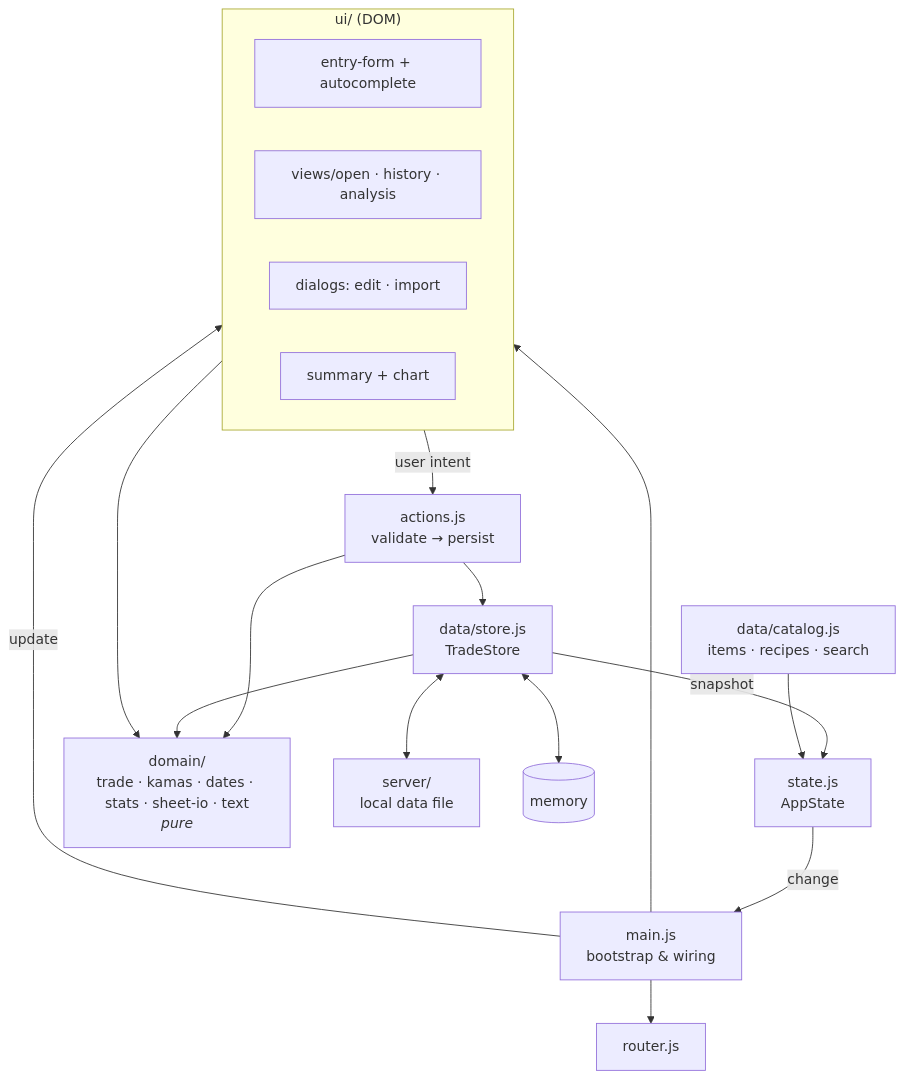
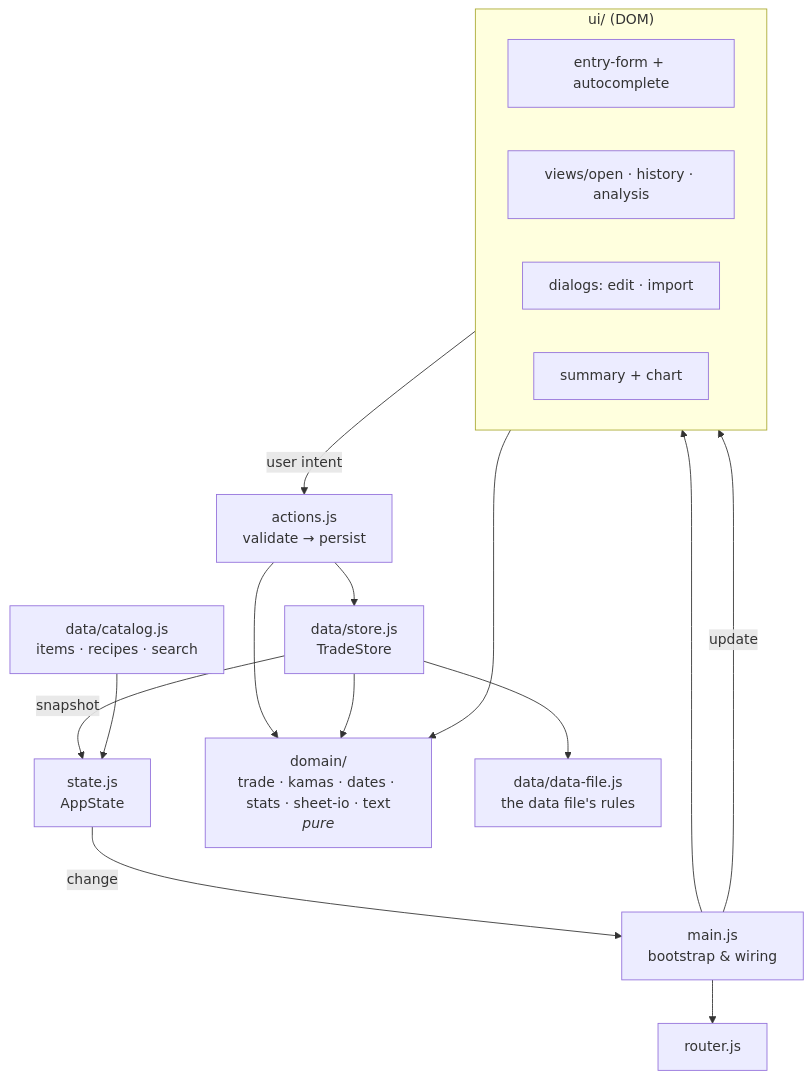
Before and after one commit to Lymero/carnet-de-kamas: the second of 2 diagrams in docs/ARCHITECTURE.md, drawn with Mermaid. The commit also changed other lines of this file and 47 other files, not shown here.

````diff
--- a/docs/ARCHITECTURE.md
+++ b/docs/ARCHITECTURE.md
@@ -13,23 +34,22 @@
 ```mermaid
 flowchart TD
   subgraph UI["ui/ (DOM)"]
     form[entry-form + autocomplete]
     views[views/open · history · analysis]
     dialogs[dialogs: edit · import]
     summary[summary + chart]
   end
   main[main.js<br/>bootstrap & wiring] --> UI
   main --> router[router.js]
   UI -- user intent --> actions[actions.js<br/>validate → persist]
   actions --> store[data/store.js<br/>TradeStore]
   store -- snapshot --> state[state.js<br/>AppState]
   state -- change --> main
   main -- update --> UI
   UI --> domain
   actions --> domain
   store --> domain
+  store --> datafile[data/data-file.js<br/>the data file's rules]
   catalog[data/catalog.js<br/>items · recipes · search] --> state
   domain[domain/<br/>trade · kamas · dates · stats · sheet-io · text<br/><i>pure</i>]
-  store <--> server[server/<br/>local data file]
-  store <--> memory[(memory)]
 ```
````
